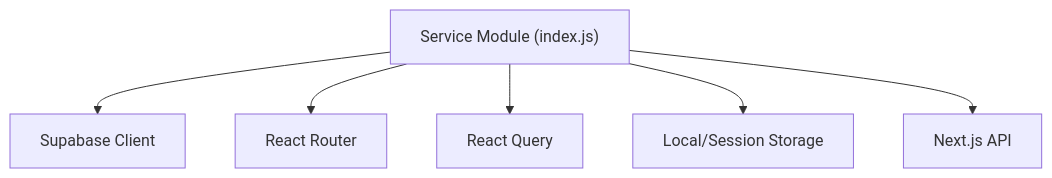
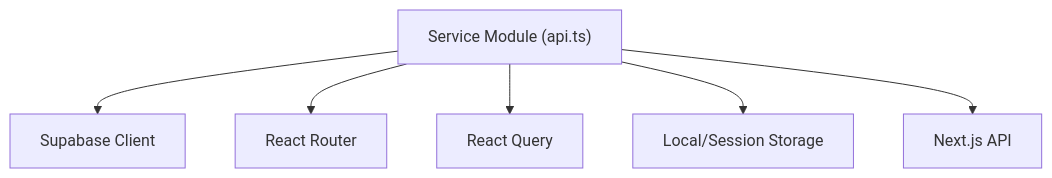
The ninth of 9 diagrams in .docs/content/Frontend Development/API Integration/Service Layer Implementation.md (rohitkumarnaidu/ScholarFormAI), drawn with Mermaid before and after one commit. The commit also changed other lines of this file and 155 other files, not shown here.

````diff
--- a/.docs/content/Frontend Development/API Integration/Service Layer Implementation.md
+++ b/.docs/content/Frontend Development/API Integration/Service Layer Implementation.md
@@ -305,14 +300,14 @@
 ```mermaid
 graph TB
-SRV["Service Module (index.js)"]
+SRV["Service Module (api.ts)"]
 SUPA["Supabase Client"]
 RR["React Router"]
 RQ["React Query"]
 LS["Local/Session Storage"]
 API["Next.js API"]
 SRV --> SUPA
 SRV --> RR
 SRV --> RQ
 SRV --> LS
 SRV --> API
 ```
````
